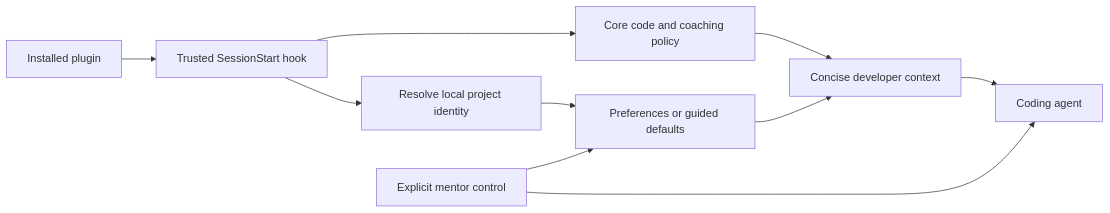
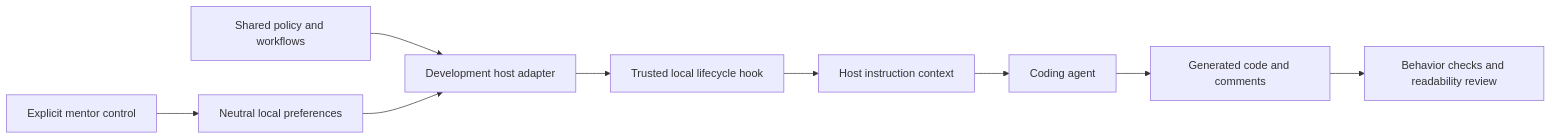
Before and after one commit to Stommasi19/Mentor: the diagram in docs/IMPLEMENTATION-PLAN.md, drawn with Mermaid. The commit also changed other lines of this file and 11 other files, not shown here.

Commit message:
Plan Mentor core quality and hook verification before distribution (#1)

````diff
--- a/docs/IMPLEMENTATION-PLAN.md
+++ b/docs/IMPLEMENTATION-PLAN.md
@@ -82,12 +99,11 @@
 ```mermaid
 flowchart LR
-  Package[Installed plugin] --> Hook[Trusted SessionStart hook]
-  Hook --> Policy[Core code and coaching policy]
-  Hook --> Project[Resolve local project identity]
-  Project --> State[Preferences or guided defaults]
-  Policy --> Context[Concise developer context]
-  State --> Context
+  Core[Shared policy and workflows] --> Adapter[Development host adapter]
+  State[Neutral local preferences] --> Adapter
+  Adapter --> Hook[Trusted local lifecycle hook]
+  Hook --> Context[Host instruction context]
   Context --> Agent[Coding agent]
+  Agent --> Code[Generated code and comments]
+  Code --> Check[Behavior checks and readability review]
   Control[Explicit mentor control] --> State
-  Control --> Agent
 ```
````
